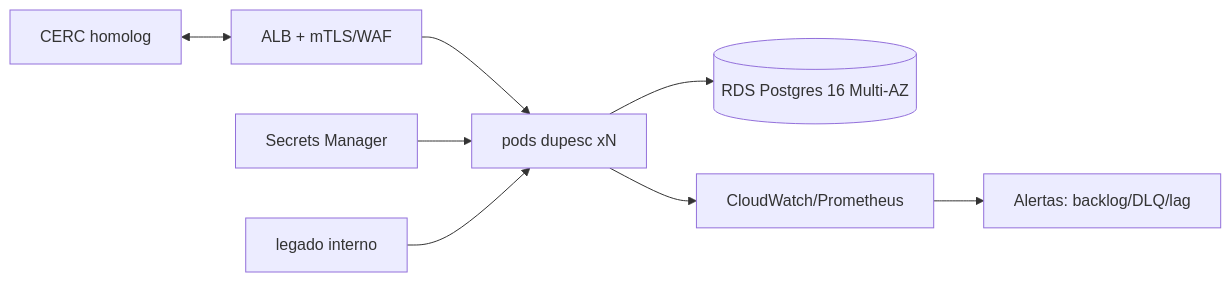
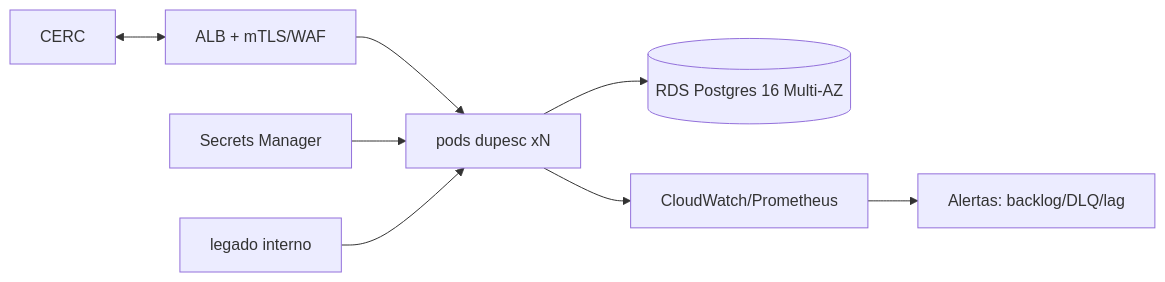
The second of 3 diagrams in README.md (mvrozanti/dupesc), drawn with Mermaid before and after one commit. The commit also changed 1 other file, not shown here.

Commit message:
docs: infra mostra cerc em producao, nao homolog

````diff
--- a/README.md
+++ b/README.md
@@ -37,10 +37,10 @@
 ```mermaid
 flowchart LR
-    CERC[CERC homolog] <--> LB[ALB + mTLS/WAF]
+    CERC[CERC] <--> LB[ALB + mTLS/WAF]
     LB --> P[pods dupesc xN]
     P --> DB[(RDS Postgres 16 Multi-AZ)]
     S[Secrets Manager] --> P
     P --> M[CloudWatch/Prometheus]
     M --> A[Alertas: backlog/DLQ/lag]
     N[legado interno] --> P
 ```
````
